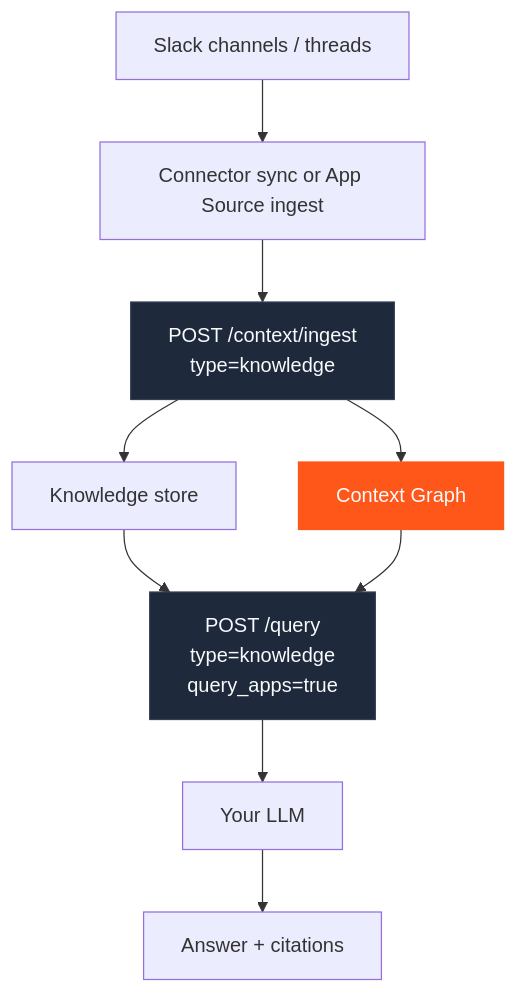
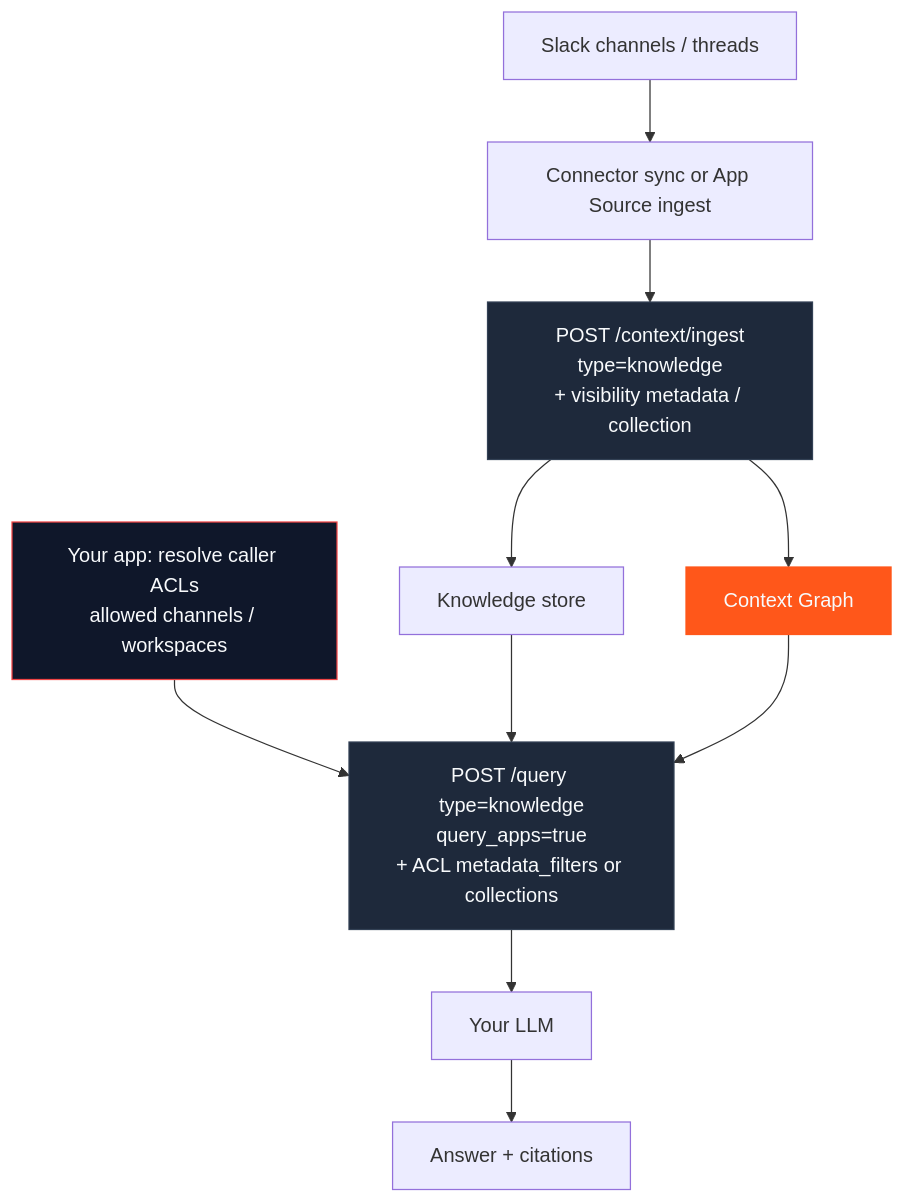
The first of 7 diagrams in essentials/v2/context-architecture/reference-architectures.mdx (hydra-db/mintlify-docs), drawn with Mermaid before and after one commit. The commit also changed other lines of this file and 7 other files, not shown here.

First line of the commit message:
docs(v2): fix playbook collection scope and Slack ACL guidance

````diff
--- a/essentials/v2/context-architecture/reference-architectures.mdx
+++ b/essentials/v2/context-architecture/reference-architectures.mdx
@@ -14,22 +14,25 @@
 ```mermaid
 flowchart TB
   Slack["Slack channels / threads"]
+  AuthZ["Your app: resolve caller ACLs<br/>allowed channels / workspaces"]
   Conn["Connector sync or App Source ingest"]
-  Ingest["POST /context/ingest<br/>type=knowledge"]
+  Ingest["POST /context/ingest<br/>type=knowledge<br/>+ visibility metadata / collection"]
   Know["Knowledge store"]
   Graph["Context Graph"]
-  Q["POST /query<br/>type=knowledge<br/>query_apps=true"]
+  Q["POST /query type=knowledge<br/>query_apps=true<br/>+ ACL metadata_filters or collections"]
   LLM["Your LLM"]
   Resp["Answer + citations"]
 
   Slack --> Conn --> Ingest
   Ingest --> Know
   Ingest --> Graph
+  AuthZ --> Q
   Know --> Q
   Graph --> Q
   Q --> LLM --> Resp
 
   style Graph fill:#FF571A,stroke:#FF571A,color:#f8fafc
   style Ingest fill:#1e293b,stroke:#334155,color:#f8fafc
   style Q fill:#1e293b,stroke:#334155,color:#f8fafc
+  style AuthZ fill:#0f172a,stroke:#ef4444,color:#f8fafc
 ```
````
